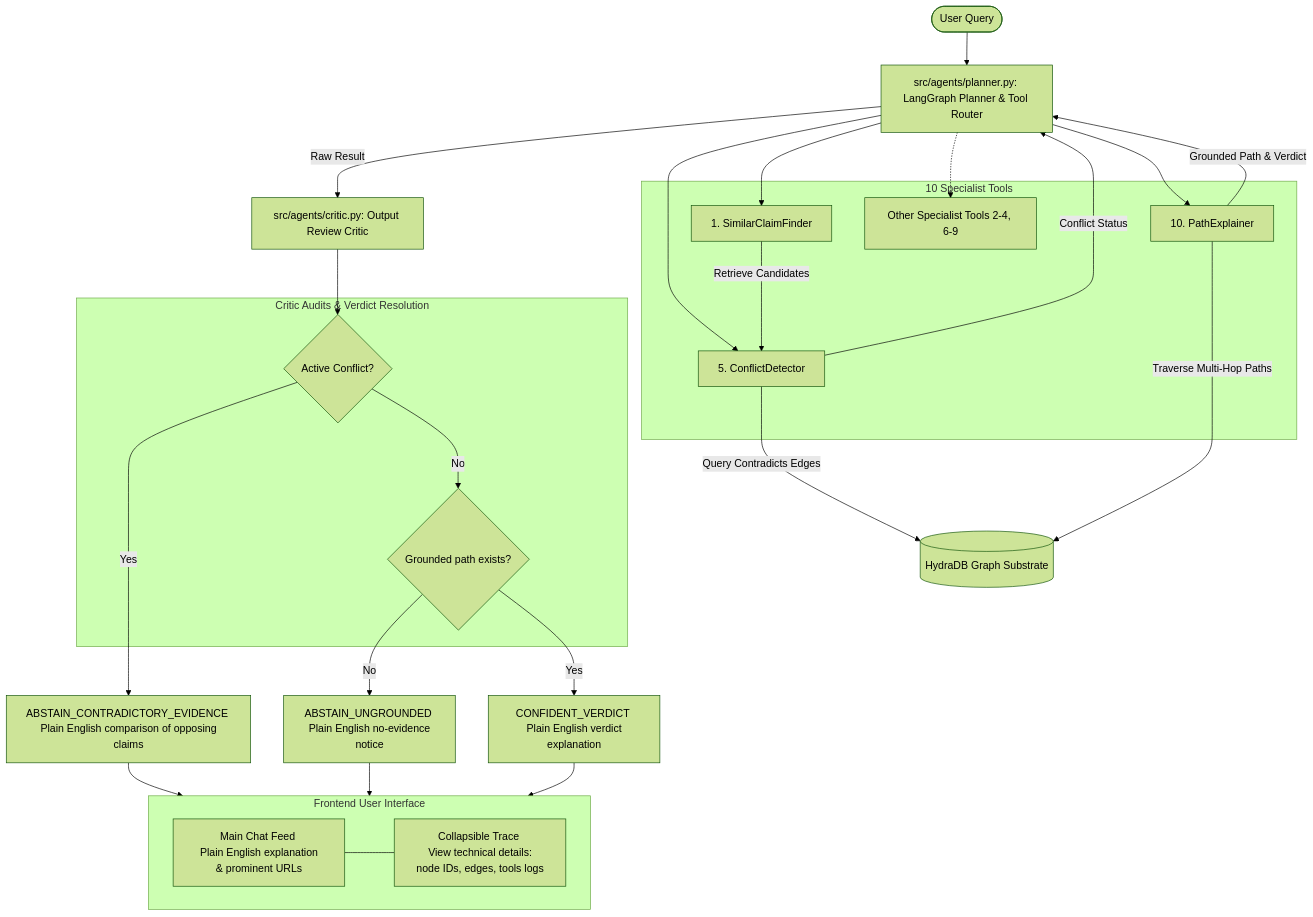
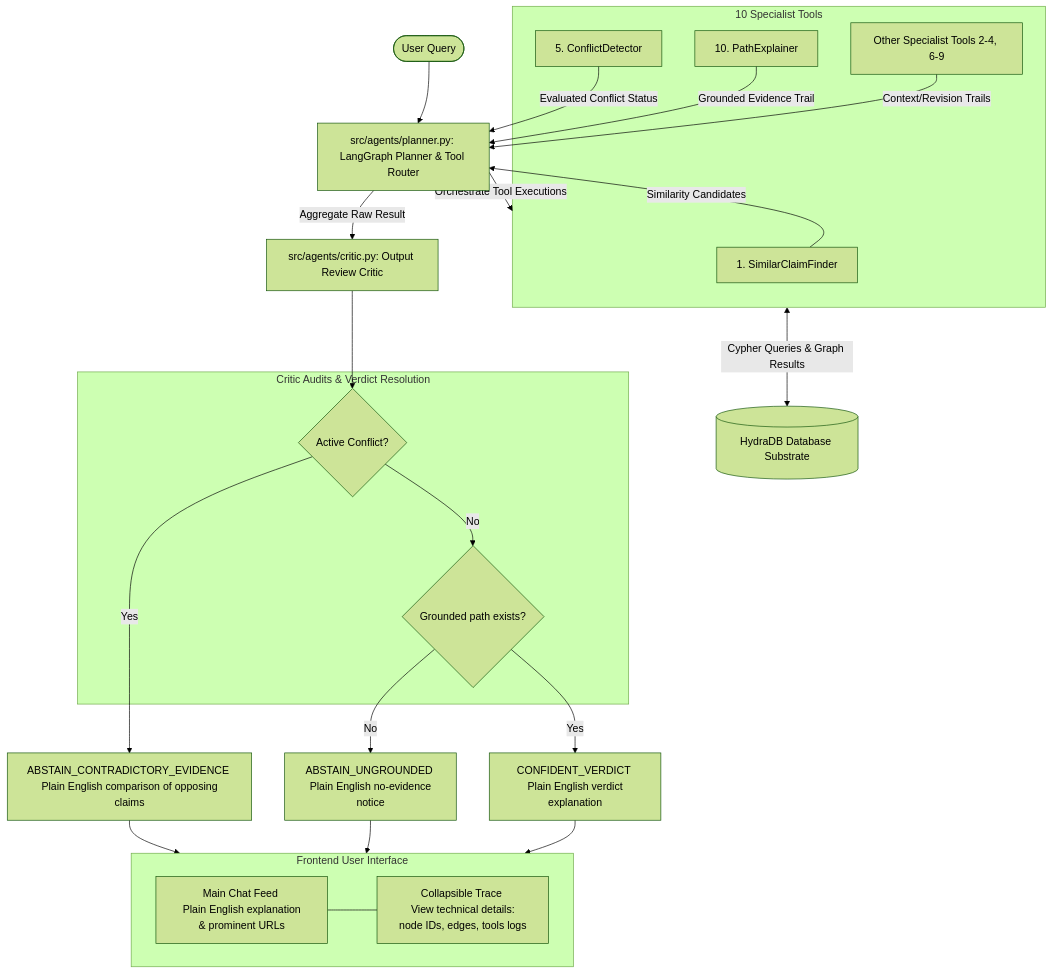
The diagram in README.md (Ultraviolet01/Framelink), drawn with Mermaid (forest theme) before and after one commit.

Commit message:
docs: correct database data flow in system architecture diagram

````diff
--- a/README.md
+++ b/README.md
@@ -95,48 +95,47 @@
 ```mermaid
 flowchart TD
     User([User Query]) --> Planner[src/agents/planner.py: LangGraph Planner & Tool Router]
     
     subgraph Specialists [10 Specialist Tools]
         SCF[1. SimilarClaimFinder]
         CD[5. ConflictDetector]
         PE[10. PathExplainer]
         OtherTools[Other Specialist Tools 2-4, 6-9]
     end
 
-    Planner --> SCF
-    Planner --> CD
-    Planner --> PE
-    Planner -.-> OtherTools
+    Planner -->|Orchestrate Tool Executions| Specialists
     
-    SCF --> |Retrieve Candidates| CD
-    CD --> |Query Contradicts Edges| Graph[(HydraDB Graph Substrate)]
-    PE --> |Traverse Multi-Hop Paths| Graph
+    %% Bidirectional querying to HydraDB Database
+    Specialists <-->|Cypher Queries & Graph Results| Graph[(HydraDB Database Substrate)]
     
-    CD --> |Conflict Status| Planner
-    PE --> |Grounded Path & Verdict| Planner
+    %% Return structured evaluations back to Planner
+    SCF -->|Similarity Candidates| Planner
+    CD -->|Evaluated Conflict Status| Planner
+    PE -->|Grounded Evidence Trail| Planner
+    OtherTools -->|Context/Revision Trails| Planner
     
-    Planner --> |Raw Result| Critic[src/agents/critic.py: Output Review Critic]
+    Planner -->|Aggregate Raw Result| Critic[src/agents/critic.py: Output Review Critic]
     
     subgraph CriticAudits [Critic Audits & Verdict Resolution]
         ConflictCheck{Active Conflict?}
         GroundingCheck{Grounded path exists?}
     end
     
     Critic --> ConflictCheck
     ConflictCheck -->|Yes| ForcedAbstain[ABSTAIN_CONTRADICTORY_EVIDENCE <br> Plain English comparison of opposing claims]
     ConflictCheck -->|No| GroundingCheck
     
     GroundingCheck -->|No| LowConfidence[ABSTAIN_UNGROUNDED <br> Plain English no-evidence notice]
     GroundingCheck -->|Yes| ConfidentVerdict[CONFIDENT_VERDICT <br> Plain English verdict explanation]
     
     subgraph UI [Frontend User Interface]
         MainUI[Main Chat Feed <br> Plain English explanation & prominent URLs]
         TechUI[Collapsible Trace <br> View technical details: node IDs, edges, tools logs]
     end
     
     ForcedAbstain --> UI
     LowConfidence --> UI
     ConfidentVerdict --> UI
     
     MainUI --- TechUI
 ```
````
